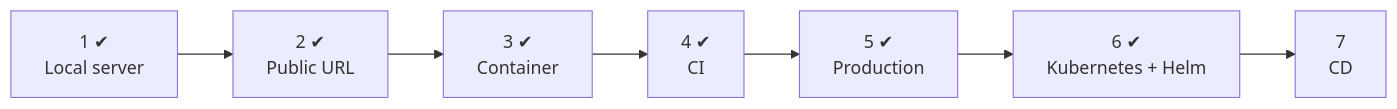
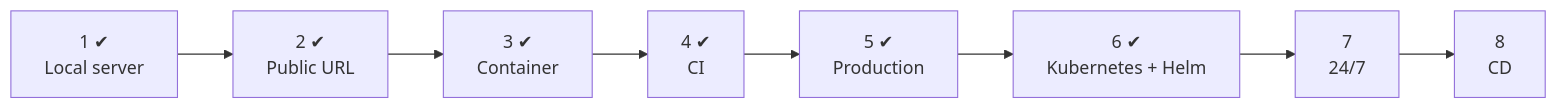
One commit to Bende-KBB/devops-lab changed the second of 3 diagrams in docs/pipeline.md. Above: the diagram before and after it, drawn with Mermaid. The commit also changed other lines of this file and 8 other files, not shown here.

````diff
--- a/docs/pipeline.md
+++ b/docs/pipeline.md
@@ -17,4 +17,4 @@
 ```mermaid
 flowchart LR
-    P1["1 ✔<br/>Local server"] --> P2["2 ✔<br/>Public URL"] --> P3["3 ✔<br/>Container"] --> P4["4 ✔<br/>CI"] --> P5["5 ✔<br/>Production"] --> P6["6 ✔<br/>Kubernetes + Helm"] --> P7["7<br/>CD"]
+    P1["1 ✔<br/>Local server"] --> P2["2 ✔<br/>Public URL"] --> P3["3 ✔<br/>Container"] --> P4["4 ✔<br/>CI"] --> P5["5 ✔<br/>Production"] --> P6["6 ✔<br/>Kubernetes + Helm"] --> P7["7<br/>24/7"] --> P8["8<br/>CD"]
 ```
````
